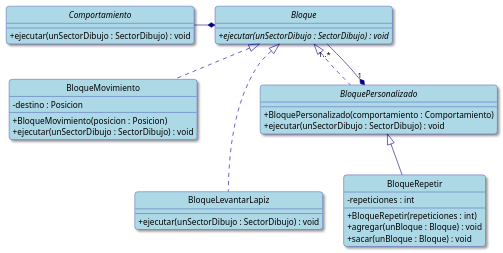
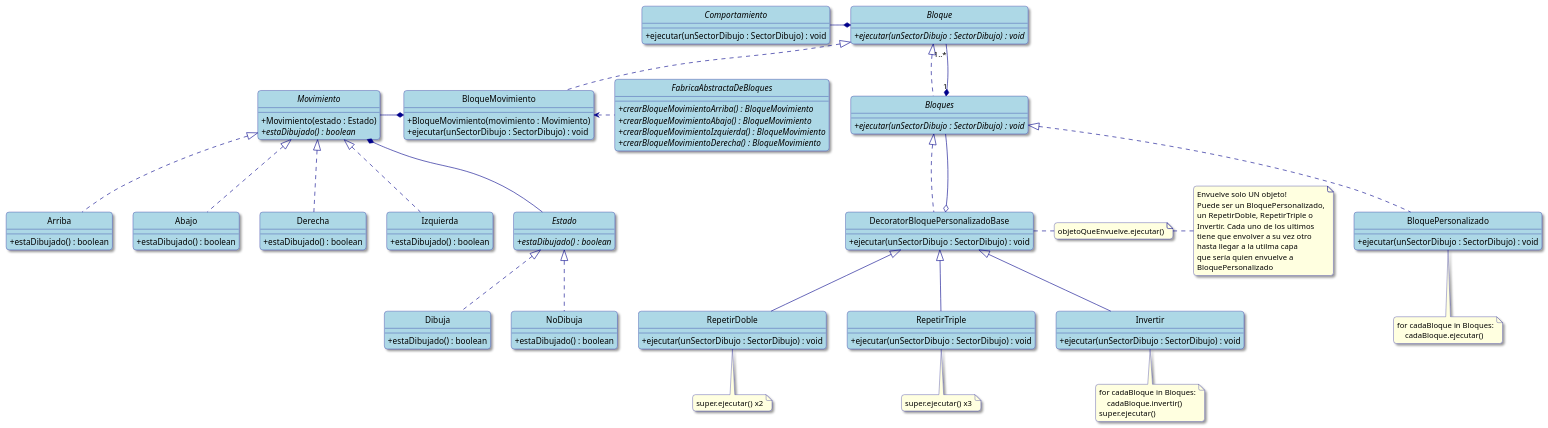
One commit to valva-ro/Algo3-TP2-AlgoBlocks changed the second of 2 diagrams in diagramas-uml.puml. Above: the diagram before and after it, drawn with PlantUML. The commit also changed other lines of this file, not shown here.

```diff
--- a/diagramas-uml.puml
+++ b/diagramas-uml.puml
@@ -121,45 +95,126 @@
 @startuml
-'Diagrama de clase relacion entre bloques (version Andreas 2.0)
 hide circle
 skinparam classAttributeIconSize 0
 skinparam backgroundColor White
 skinparam RoundCorner 10
 skinparam Shadowing true
-
 skinparam class {
     ArrowColor DarkBlue
     BackgroundColor LightBlue
     BorderColor DarkBlue
 }
+skinparam note {
+    BackgroundColor LightYellow
+    BorderColor DarkBlue
+}
+
 interface Bloque {
     + {abstract} ejecutar(unSectorDibujo : SectorDibujo) : void
 }
 class BloqueMovimiento {
-    - destino : Posicion
-    + BloqueMovimiento(posicion : Posicion)
-    + ejecutar(unSectorDibujo : SectorDibujo) : void
-}
-class BloqueRepetir {
-    - repeticiones : int
-    + BloqueRepetir(repeticiones : int)
-    + agregar(unBloque : Bloque) : void
-    + sacar(unBloque : Bloque) : void
-}
-class BloqueLevantarLapiz {
-    + ejecutar(unSectorDibujo : SectorDibujo) : void
-}
-abstract class BloquePersonalizado {
-    + BloquePersonalizado(comportamiento : Comportamiento)
+    + BloqueMovimiento(movimiento : Movimiento)
     + ejecutar(unSectorDibujo : SectorDibujo) : void
 }
 interface Comportamiento {
     + ejecutar(unSectorDibujo : SectorDibujo) : void
 }
+interface Bloques {
+    +  {abstract} ejecutar(unSectorDibujo : SectorDibujo) : void
+}
+class BloquePersonalizado {
+    + ejecutar(unSectorDibujo : SectorDibujo) : void
+}
+note bottom of BloquePersonalizado
+for cadaBloque in Bloques:
+    cadaBloque.ejecutar()
+end note
+class RepetirDoble {
+    + ejecutar(unSectorDibujo : SectorDibujo) : void
+}
+note bottom of RepetirDoble
+super.ejecutar() x2
+end note
+class RepetirTriple {
+    + ejecutar(unSectorDibujo : SectorDibujo) : void
+}
+note bottom of RepetirTriple
+super.ejecutar() x3
+end note
+class Invertir {
+    + ejecutar(unSectorDibujo : SectorDibujo) : void
+}
+note bottom of Invertir
+for cadaBloque in Bloques:
+    cadaBloque.invertir()
+super.ejecutar()
+end note
+abstract class Movimiento {
+    + Movimiento(estado : Estado)
+    + {abstract} estaDibujado() : boolean
+}
+class Arriba {
+    + estaDibujado() : boolean
+}
+class Abajo {
+    + estaDibujado() : boolean
+}
+class Derecha {
+    + estaDibujado() : boolean
+}
+class Izquierda {
+    + estaDibujado() : boolean
+}
+class DecoratorBloquePersonalizadoBase {
+    + ejecutar(unSectorDibujo : SectorDibujo) : void
+}
+note right
+objetoQueEnvuelve.ejecutar()
+end note
+note right
+Envuelve solo UN objeto!
+Puede ser un BloquePersonalizado,
+un RepetirDoble, RepetirTriple o
+Invertir. Cada uno de los ultimos
+tiene que envolver a su vez otro
+hasta llegar a la utilma capa
+que sería quien envuelve a
+BloquePersonalizado
+end note
+interface Estado {
+    + {abstract} estaDibujado() : boolean
+}
+class Dibuja {
+    + estaDibujado() : boolean
+}
+class NoDibuja {
+    + estaDibujado() : boolean
+}
 
+interface FabricaAbstractaDeBloques {
+    + {abstract} crearBloqueMovimientoArriba() : BloqueMovimiento
+    + {abstract} crearBloqueMovimientoAbajo() : BloqueMovimiento
+    + {abstract} crearBloqueMovimientoIzquierda() : BloqueMovimiento
+    + {abstract} crearBloqueMovimientoDerecha() : BloqueMovimiento
+}
+FabricaAbstractaDeBloques ..left> BloqueMovimiento
+
+Movimiento *-- Estado
+Estado <|.. Dibuja
+Estado <|.. NoDibuja
+Bloque <|.. Bloques
+Bloques "1" *-- "1..*" Bloque
+Bloques <|.. BloquePersonalizado
+Bloques <|.. DecoratorBloquePersonalizadoBase
+DecoratorBloquePersonalizadoBase o-- Bloques
+DecoratorBloquePersonalizadoBase <|-- RepetirDoble
+DecoratorBloquePersonalizadoBase <|-- RepetirTriple
+DecoratorBloquePersonalizadoBase <|-- Invertir
 Bloque *-left Comportamiento
-BloquePersonalizado "1" *-- "1..*" Bloque
-Bloque <|.. BloquePersonalizado
 Bloque <|.. BloqueMovimiento
-Bloque <|... BloqueLevantarLapiz
-BloquePersonalizado <|-- BloqueRepetir
+
+BloqueMovimiento *--left Movimiento
+Movimiento <|.. Arriba
+Movimiento <|.. Abajo
+Movimiento <|.. Derecha
+Movimiento <|.. Izquierda
 @enduml
```
